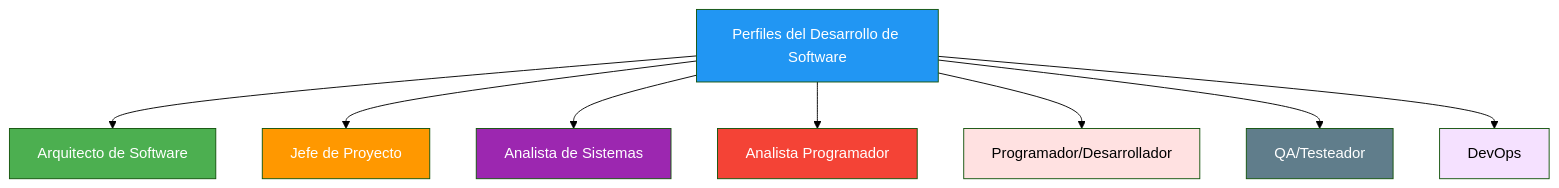
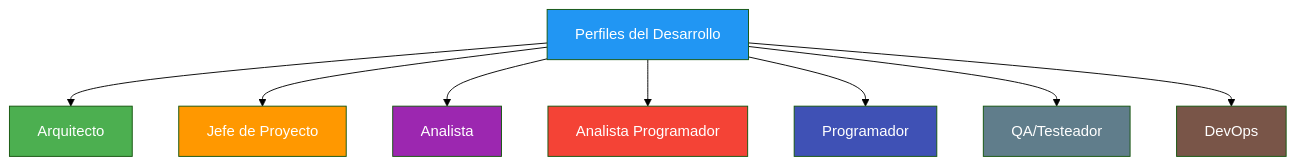
One commit to joseluisgs/EntornosDesarrollo-01-2026-2027 changed the first of 2 diagrams in 08-perfiles.md. Above: the diagram before and after it, drawn with Mermaid (forest theme). The commit also changed other lines of this file, not shown here.

Commit message:
[fix] Punto 08: TOC numerado, bloques, Mermaid, ASCII→Mermaid, tabla resumen

````diff
--- a/08-perfiles.md
+++ b/08-perfiles.md
@@ -18,19 +33,19 @@
 ```mermaid
 graph TD
-    A[Perfiles del Desarrollo de Software] --> B[Arquitecto de Software]
+    A[Perfiles del Desarrollo] --> B[Arquitecto]
     A --> C[Jefe de Proyecto]
-    A --> D[Analista de Sistemas]
+    A --> D[Analista]
     A --> E[Analista Programador]
-    A --> F[Programador/Desarrollador]
+    A --> F[Programador]
     A --> G[QA/Testeador]
     A --> H[DevOps]
 
     style A fill:#2196F3,color:#fff
     style B fill:#4CAF50,color:#fff
     style C fill:#FF9800,color:#fff
     style D fill:#9C27B0,color:#fff
     style E fill:#f44336,color:#fff
-    style F fill:#ffe1e1
+    style F fill:#3F51B5,color:#fff
     style G fill:#607D8B,color:#fff
-    style H fill:#f5e1ff
+    style H fill:#795548,color:#fff
 ```
````
